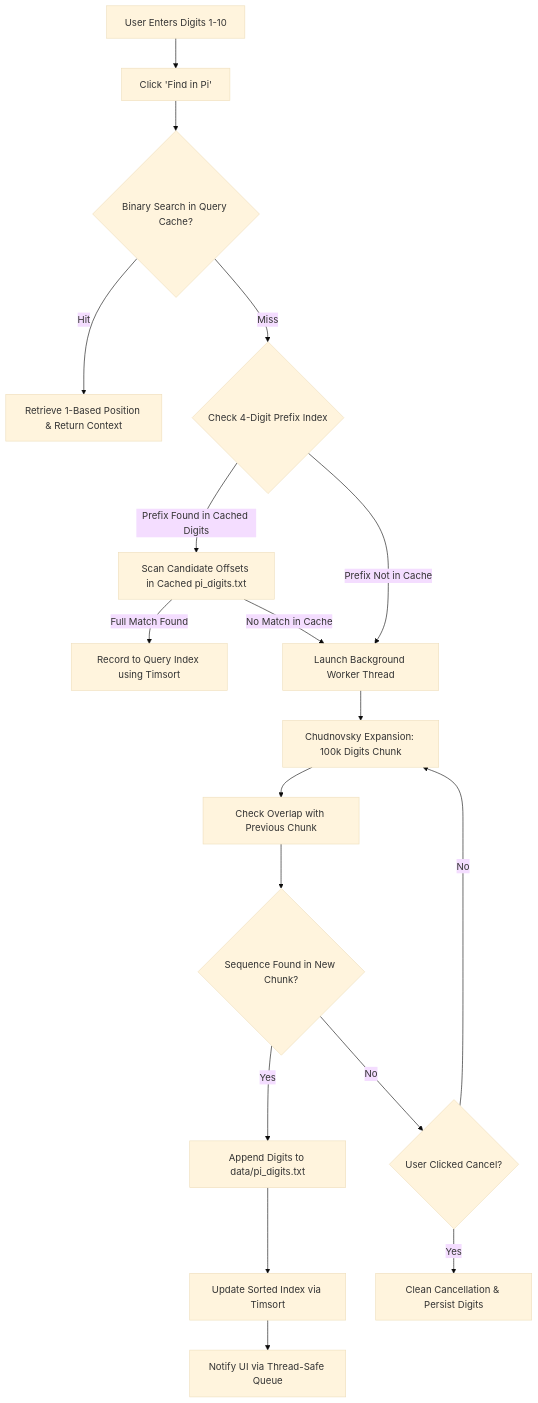
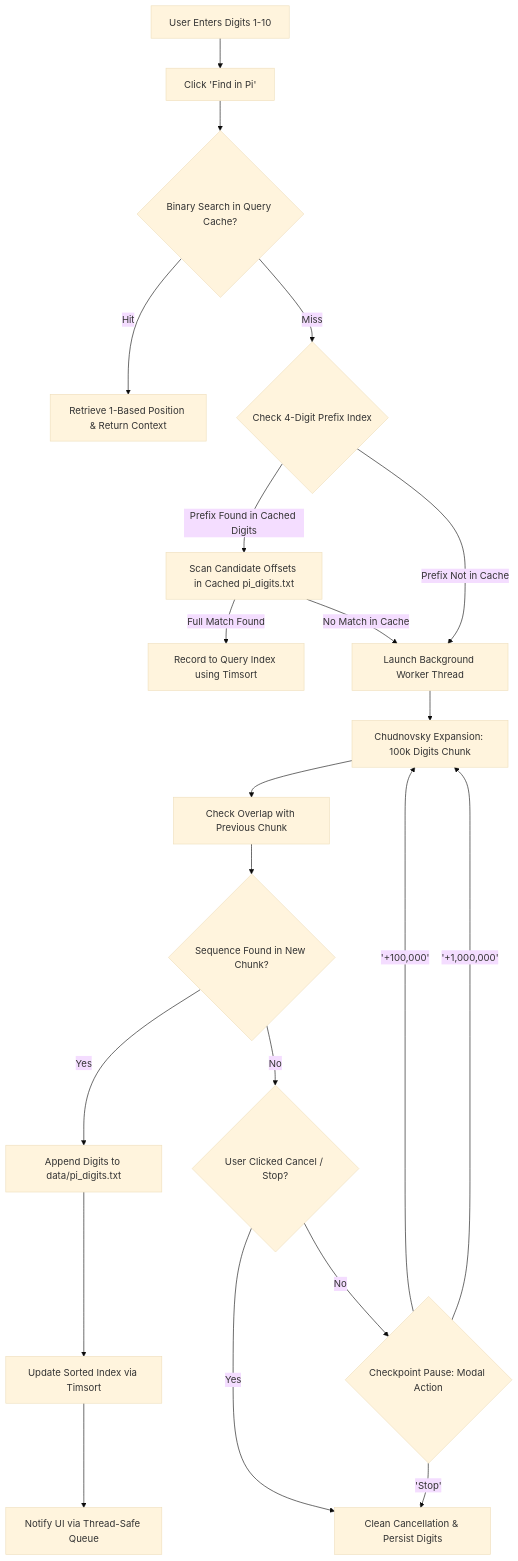
One commit to dabushes/PiPhone changed the diagram in PROJECT_DEFINITION.md. Above: the diagram before and after it, drawn with Mermaid (base theme). The commit also changed other lines of this file and 7 other files, not shown here.

````diff
--- a/PROJECT_DEFINITION.md
+++ b/PROJECT_DEFINITION.md
@@ -129,20 +131,23 @@
 ```mermaid
 flowchart TD
     A[User Enters Digits 1-10] --> B[Click 'Find in Pi']
     B --> C{Binary Search in Query Cache?}
     C -- Hit --> D[Retrieve 1-Based Position & Return Context]
     C -- Miss --> E{Check 4-Digit Prefix Index}
     E -- Prefix Found in Cached Digits --> F[Scan Candidate Offsets in Cached pi_digits.txt]
     F -- Full Match Found --> G[Record to Query Index using Timsort]
     F -- No Match in Cache --> H[Launch Background Worker Thread]
     E -- Prefix Not in Cache --> H
     H --> I[Chudnovsky Expansion: 100k Digits Chunk]
     I --> J[Check Overlap with Previous Chunk]
     J --> K{Sequence Found in New Chunk?}
     K -- Yes --> L[Append Digits to data/pi_digits.txt]
     L --> M[Update Sorted Index via Timsort]
     M --> N[Notify UI via Thread-Safe Queue]
-    K -- No --> O{User Clicked Cancel?}
+    K -- No --> O{User Clicked Cancel / Stop?}
     O -- Yes --> P[Clean Cancellation & Persist Digits]
-    O -- No --> I
+    O -- No --> Q{Checkpoint Pause: Modal Action}
+    Q -- '+100,000' --> I
+    Q -- '+1,000,000' --> I
+    Q -- 'Stop' --> P
 ```
````
